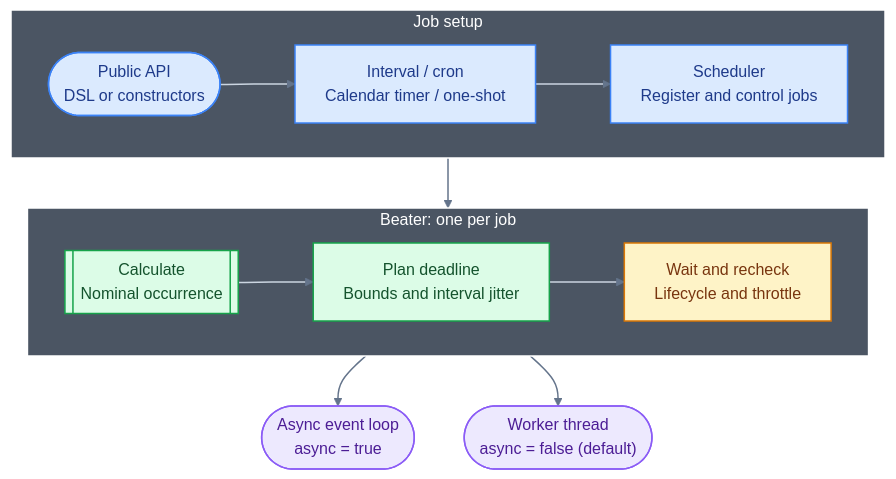
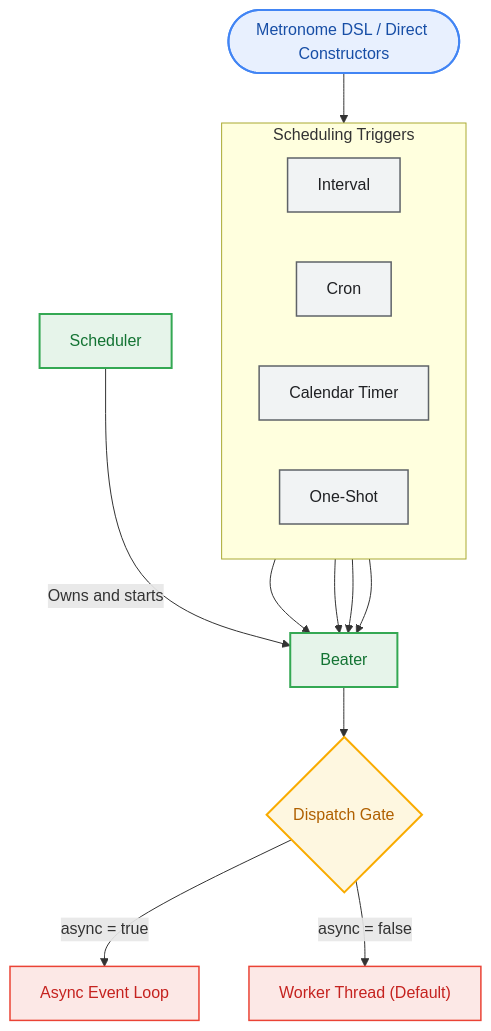
Before and after one commit to titanomachy/Metronome: the diagram in README.md, drawn with Mermaid. The commit also changed 1 other file, not shown here.

Commit message:
Refactor conceptual application diagram

````diff
--- a/README.md
+++ b/README.md
@@ -42,36 +42,36 @@
 ```mermaid
 flowchart TB
-  subgraph SETUP["Job setup"]
+  DSL(["Metronome DSL / Direct Constructors"]):::entry
+
+  subgraph INTERFACES["Scheduling Triggers"]
     direction LR
-    API(["Public API<br/>DSL or constructors"]):::setup
-    SCHEDULE["Interval / cron<br/>Calendar timer / one-shot"]:::setup
-    SCHEDULER["Scheduler<br/>Register and control jobs"]:::setup
-    API --> SCHEDULE --> SCHEDULER
+    EVERY["Interval"]:::trigger
+    CRON["Cron"]:::trigger
+    TIMER["Calendar Timer"]:::trigger
+    AT["One-Shot"]:::trigger
   end
 
-  subgraph BEATER["Beater: one per job"]
-    direction LR
-    CALCULATE[["Calculate<br/>Nominal occurrence"]]:::timing
-    PLAN["Plan deadline<br/>Bounds and interval jitter"]:::timing
-    WAIT["Wait and recheck<br/>Lifecycle and throttle"]:::guard
-    CALCULATE --> PLAN --> WAIT
-  end
+  BEATER["Beater"]:::core
+  SCHEDULER["Scheduler"]:::core
+  GATE{"Dispatch Gate"}:::gate
+  ASYNC["Async Event Loop"]:::target
+  THREAD["Worker Thread (Default)"]:::target
 
-  ASYNC(["Async event loop<br/>async = true"]):::target
-  THREAD(["Worker thread<br/>async = false (default)"]):::target
+  DSL --> INTERFACES
+  EVERY --> BEATER
+  CRON --> BEATER
+  TIMER --> BEATER
+  AT --> BEATER
 
-  SETUP --> BEATER
-  BEATER --> ASYNC
-  BEATER --> THREAD
+  SCHEDULER -->|Owns and starts| BEATER
+  BEATER --> GATE
+  GATE -->|async = true| ASYNC
+  GATE -->|async = false| THREAD
 
-  classDef setup fill:#dbeafe,stroke:#3b82f6,stroke-width:1.5px,color:#1e3a8a;
-  classDef timing fill:#dcfce7,stroke:#16a34a,stroke-width:1.5px,color:#14532d;
-  classDef guard fill:#fef3c7,stroke:#d97706,stroke-width:1.5px,color:#78350f;
-  classDef target fill:#ede9fe,stroke:#8b5cf6,stroke-width:1.5px,color:#4c1d95;
-
-  style SETUP fill:#4b5563,stroke:#ffffff,stroke-width:1.5px,color:#ffffff;
-  style BEATER fill:#4b5563,stroke:#ffffff,stroke-width:1.5px,color:#ffffff;
-
-  linkStyle default stroke:#64748b,stroke-width:1.5px;
-  linkStyle 0,1,2,3 stroke:#cbd5e1,stroke-width:1.5px;
+  %% Styling palette
+  classDef entry fill:#e8f0fe,stroke:#4285f4,stroke-width:2px,color:#174ea6;
+  classDef trigger fill:#f1f3f4,stroke:#5f6368,stroke-width:1.5px,color:#202124;
+  classDef core fill:#e6f4ea,stroke:#34a853,stroke-width:2px,color:#137333;
+  classDef gate fill:#fef7e0,stroke:#f9ab00,stroke-width:2px,color:#b06000;
+  classDef target fill:#fce8e6,stroke:#ea4335,stroke-width:1.5px,color:#c5221f;
 ```
````
